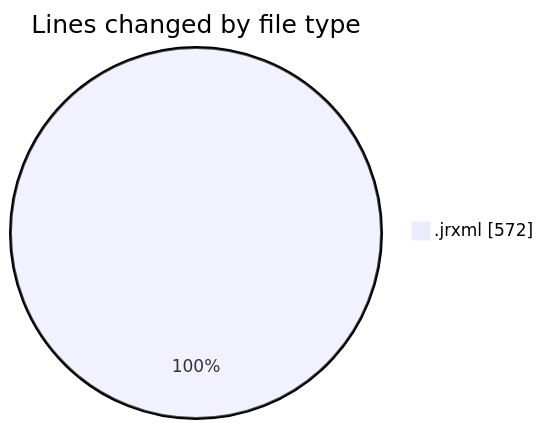
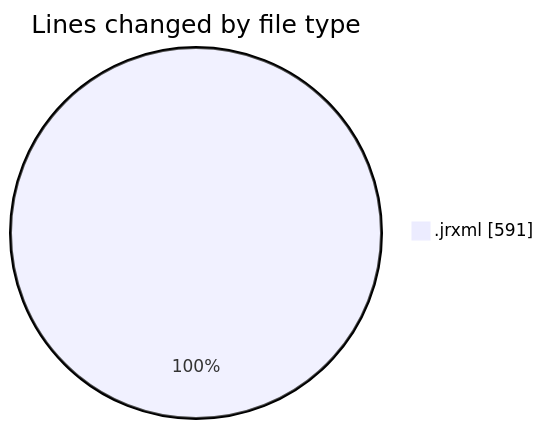
The first of 2 diagrams in 2026-04-28/cilreports__workspace_/README.md (ricardozamudiocil/code-tracking), drawn with Mermaid before and after one commit. The commit also changed other lines of this file and 1 other file, not shown here.

````diff
--- a/2026-04-28/cilreports__workspace_/README.md
+++ b/2026-04-28/cilreports__workspace_/README.md
@@ -20,5 +20,5 @@
 ```mermaid
 pie showData
 title Lines changed by file type
-".jrxml" : 572
+".jrxml" : 591
 ```
````
